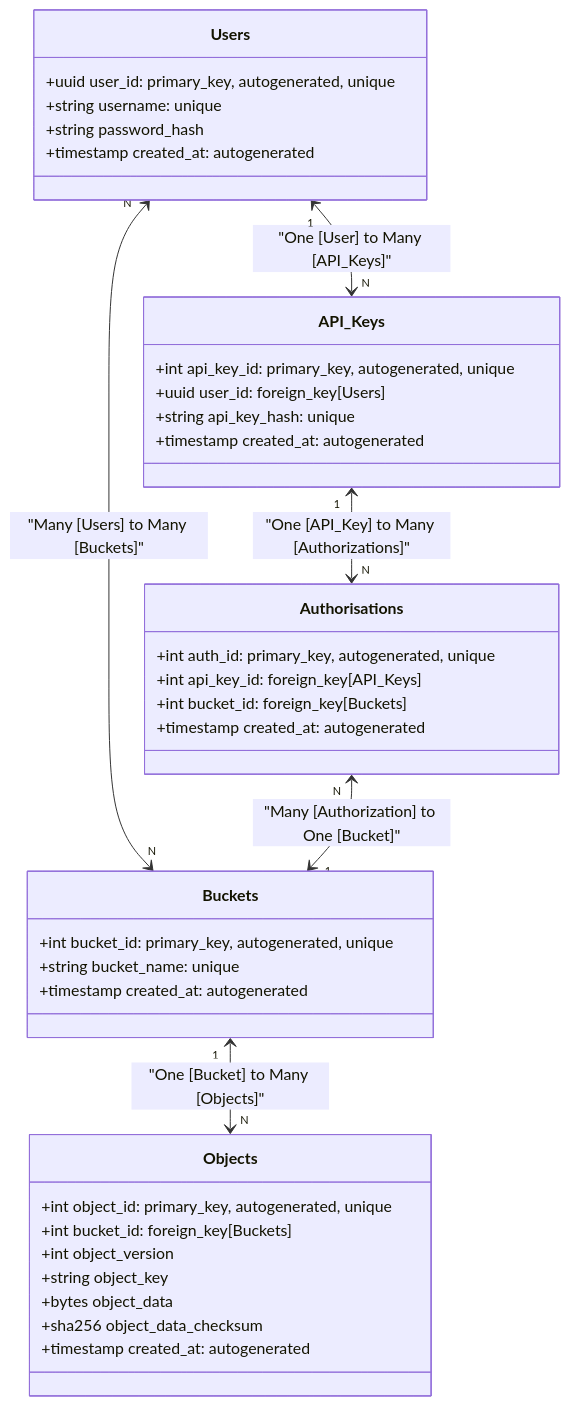
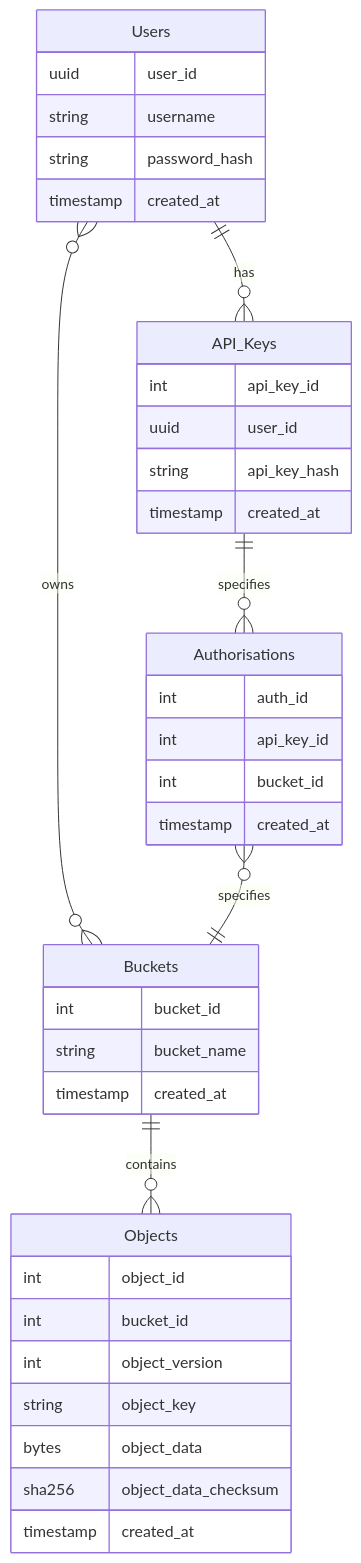
The third of 3 diagrams in docs/projects/s3gw/s3gw.md (doomshrine/infrastructure), drawn with Mermaid before and after one commit.

Commit message:
feat: updated diagram to ER

````diff
--- a/docs/projects/s3gw/s3gw.md
+++ b/docs/projects/s3gw/s3gw.md
@@ -67,45 +67,45 @@
 ```mermaid
-classDiagram
-    class Users {
-        +uuid user_id: primary_key, autogenerated, unique
-        +string username: unique
-        +string password_hash
-        +timestamp created_at: autogenerated
+erDiagram
+    Users ||--o{ API_Keys: has
+    Users }o--o{ Buckets: owns
+    Buckets ||--o{ Objects: contains
+    API_Keys ||--o{ Authorisations: specifies
+    Authorisations }o--|| Buckets: specifies
+
+    Users {
+        uuid user_id
+        string username
+        string password_hash
+        timestamp created_at
     }
 
-    class API_Keys {
-        +int api_key_id: primary_key, autogenerated, unique
-        +uuid user_id: foreign_key[Users]
-        +string api_key_hash: unique
-        +timestamp created_at: autogenerated
+    Buckets {
+        int bucket_id
+        string bucket_name
+        timestamp created_at
     }
 
-    class Buckets {
-        +int bucket_id: primary_key, autogenerated, unique
-        +string bucket_name: unique
-        +timestamp created_at: autogenerated
+    API_Keys {
+        int api_key_id
+        uuid user_id
+        string api_key_hash
+        timestamp created_at
     }
 
-    class Objects {
-        +int object_id: primary_key, autogenerated, unique
-        +int bucket_id: foreign_key[Buckets]
-        +int object_version
-        +string object_key
-        +bytes object_data
-        +sha256 object_data_checksum
-        +timestamp created_at: autogenerated
+    Authorisations {
+        int auth_id
+        int api_key_id
+        int bucket_id
+        timestamp created_at
     }
 
-    class Authorisations {
-        +int auth_id: primary_key, autogenerated, unique
-        +int api_key_id: foreign_key[API_Keys]
-        +int bucket_id: foreign_key[Buckets]
-        +timestamp created_at: autogenerated
+    Objects {
+        int object_id
+        int bucket_id
+        int object_version
+        string object_key
+        bytes object_data
+        sha256 object_data_checksum
+        timestamp created_at
     }
-
-    Users "1" <--> "N" API_Keys : "One [User] to Many [API_Keys]"
-    Users "N" <--> "N" Buckets : "Many [Users] to Many [Buckets]"
-    Buckets "1" <--> "N" Objects : "One [Bucket] to Many [Objects]"
-    API_Keys "1" <--> "N" Authorisations : "One [API_Key] to Many [Authorizations]"
-    Authorisations "N" <--> "1" Buckets : "Many [Authorization] to One [Bucket]"
 ```
````
